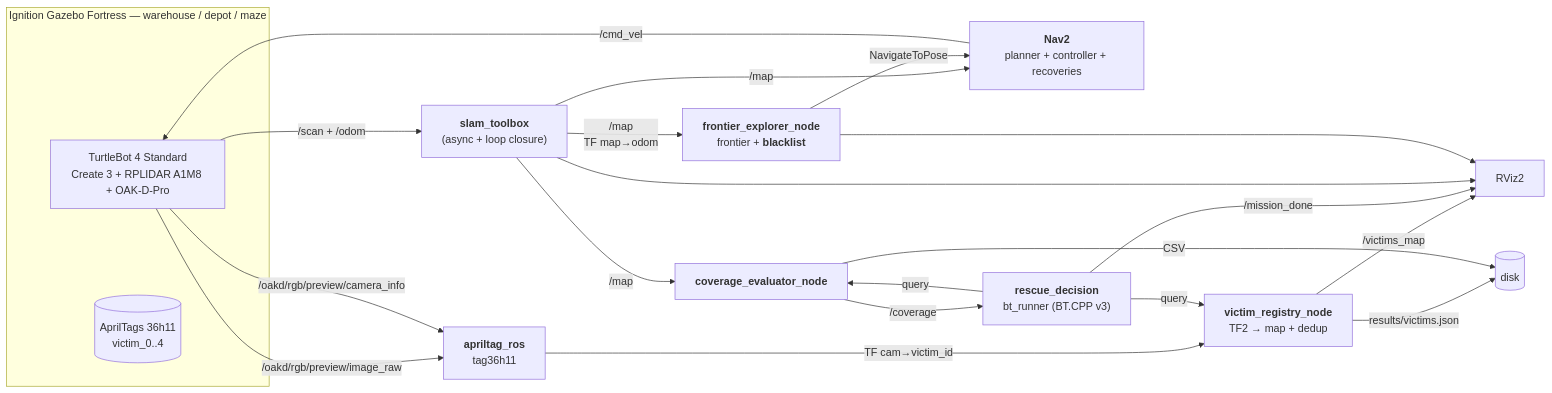
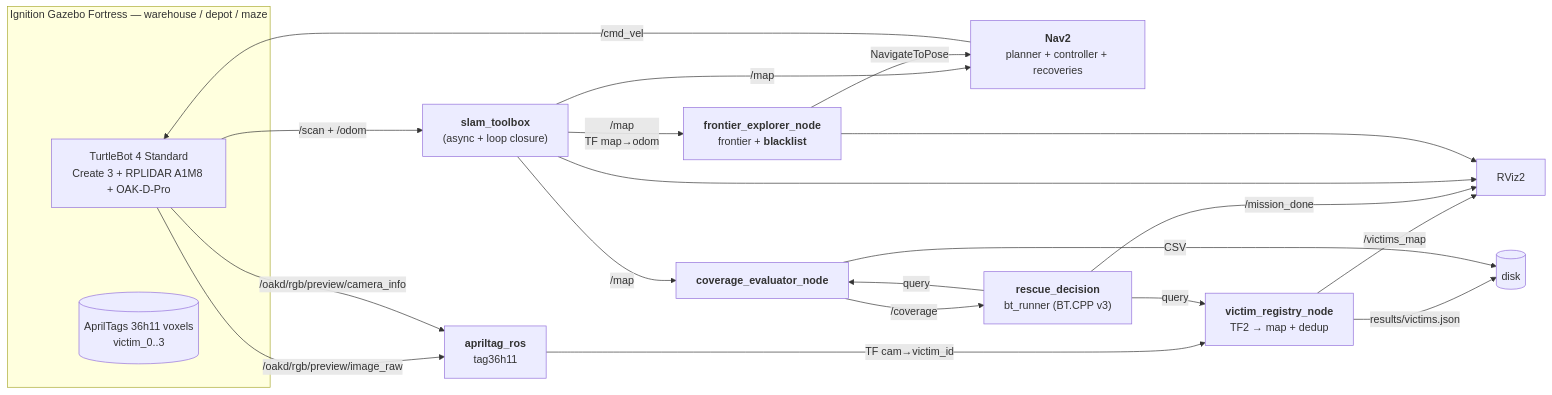
Before and after one commit to YiZeems/autonomous-search-and-rescue: the diagram in README.md, drawn with Mermaid. The commit also changed other lines of this file and 29 other files, not shown here.

````diff
--- a/README.md
+++ b/README.md
@@ -76,34 +76,34 @@
 ```mermaid
 flowchart LR
     subgraph SIM["Ignition Gazebo Fortress — warehouse / depot / maze"]
         ROBOT[TurtleBot 4 Standard<br/>Create 3 + RPLIDAR A1M8 + OAK-D-Pro]
-        TAGS[(AprilTags 36h11<br/>victim_0..4)]
+        TAGS[(AprilTags 36h11 voxels<br/>victim_0..3)]
     end
 
     ROBOT -- /scan + /odom --> SLAM
     ROBOT -- /oakd/rgb/preview/image_raw --> APRIL
     ROBOT -- /oakd/rgb/preview/camera_info --> APRIL
 
     SLAM["<b>slam_toolbox</b><br/>(async + loop closure)"] -- /map<br/>TF map→odom --> EXPLORE
     SLAM -- /map --> METRIC
     SLAM -- /map --> NAV2
 
     APRIL["<b>apriltag_ros</b><br/>tag36h11"] -- TF cam→victim_id --> REG
 
     EXPLORE["<b>frontier_explorer_node</b><br/>frontier + <b>blacklist</b>"] -- NavigateToPose --> NAV2
     REG["<b>victim_registry_node</b><br/>TF2 → map + dedup"] -- /victims_map --> RVIZ
     REG -- results/victims.json --> FS[(disk)]
 
     BT["<b>rescue_decision</b><br/>bt_runner (BT.CPP v3)"] -- /mission_done --> RVIZ
     BT -- query --> REG
     BT -- query --> METRIC
 
     NAV2["<b>Nav2</b><br/>planner + controller + recoveries"] -- /cmd_vel --> ROBOT
 
     METRIC["<b>coverage_evaluator_node</b>"] -- /coverage --> BT
     METRIC -- CSV --> FS
 
     RVIZ[RViz2]
     SLAM --> RVIZ
     EXPLORE --> RVIZ
 ```
````
